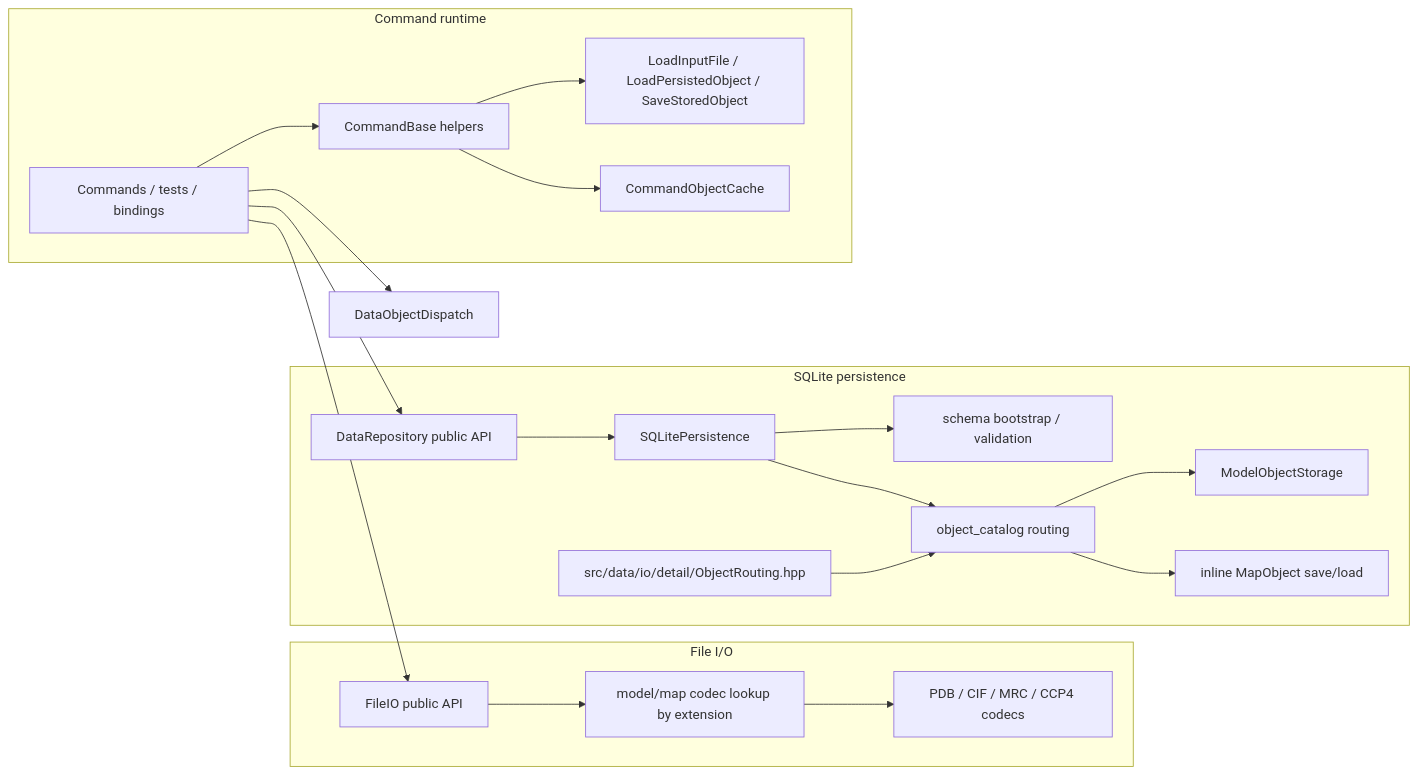
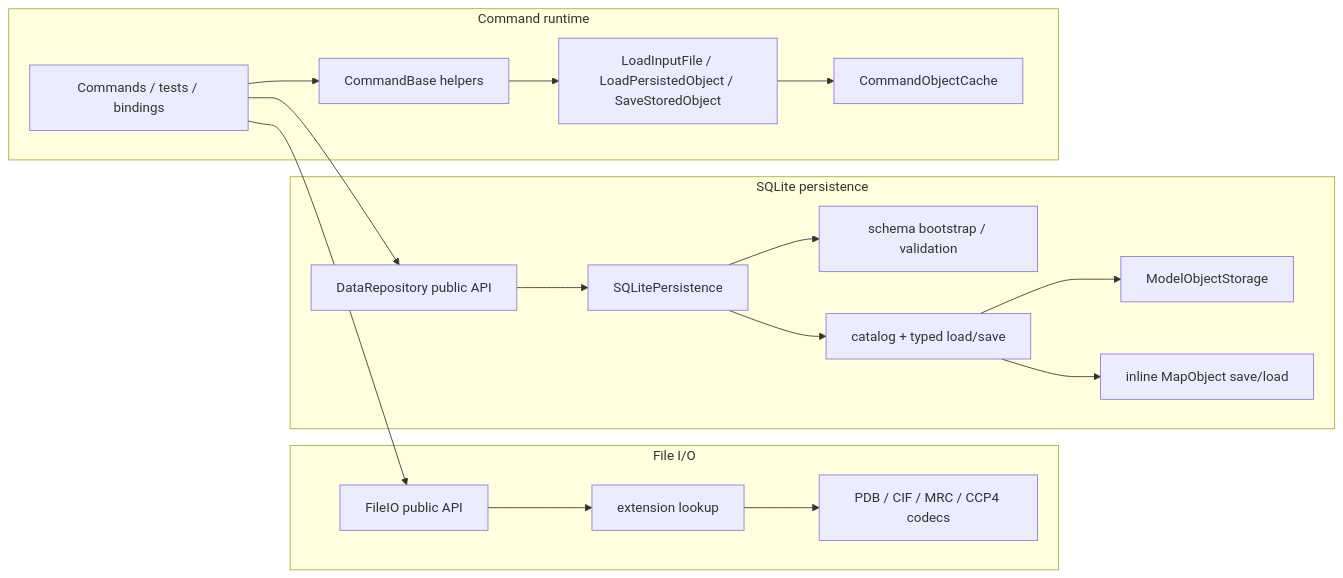
Before and after one commit to yslianTim/rhbm_gem: the diagram in docs/developer/architecture/dataobject-io-architecture.md, drawn with Mermaid. The commit also changed other lines of this file and 1 other file, not shown here.

````diff
--- a/docs/developer/architecture/dataobject-io-architecture.md
+++ b/docs/developer/architecture/dataobject-io-architecture.md
@@ -57,26 +57,24 @@
 ```mermaid
 flowchart LR
     A["Commands / tests / bindings"] --> B["FileIO public API"]
     A --> C["DataRepository public API"]
-    A --> D["DataObjectDispatch"]
 
     subgraph F["File I/O"]
-      B --> E["model/map codec lookup by extension"]
+      B --> E["extension lookup"]
       E --> F1["PDB / CIF / MRC / CCP4 codecs"]
     end
 
     subgraph P["SQLite persistence"]
       C --> G["SQLitePersistence"]
       G --> H["schema bootstrap / validation"]
-      G --> I["object_catalog routing"]
+      G --> I["catalog + typed load/save"]
       I --> J["ModelObjectStorage"]
       I --> K["inline MapObject save/load"]
-      L["src/data/io/detail/ObjectRouting.hpp"] --> I
     end
 
     subgraph R["Command runtime"]
-      M["CommandBase helpers"] --> N["LoadInputFile<T> / LoadPersistedObject<T> / SaveStoredObject"]
-      M --> O["CommandObjectCache"]
-      A --> M
+      A --> M["CommandBase helpers"]
+      M --> N["LoadInputFile<T> / LoadPersistedObject<T> / SaveStoredObject"]
+      N --> O["CommandObjectCache"]
     end
 ```
````
